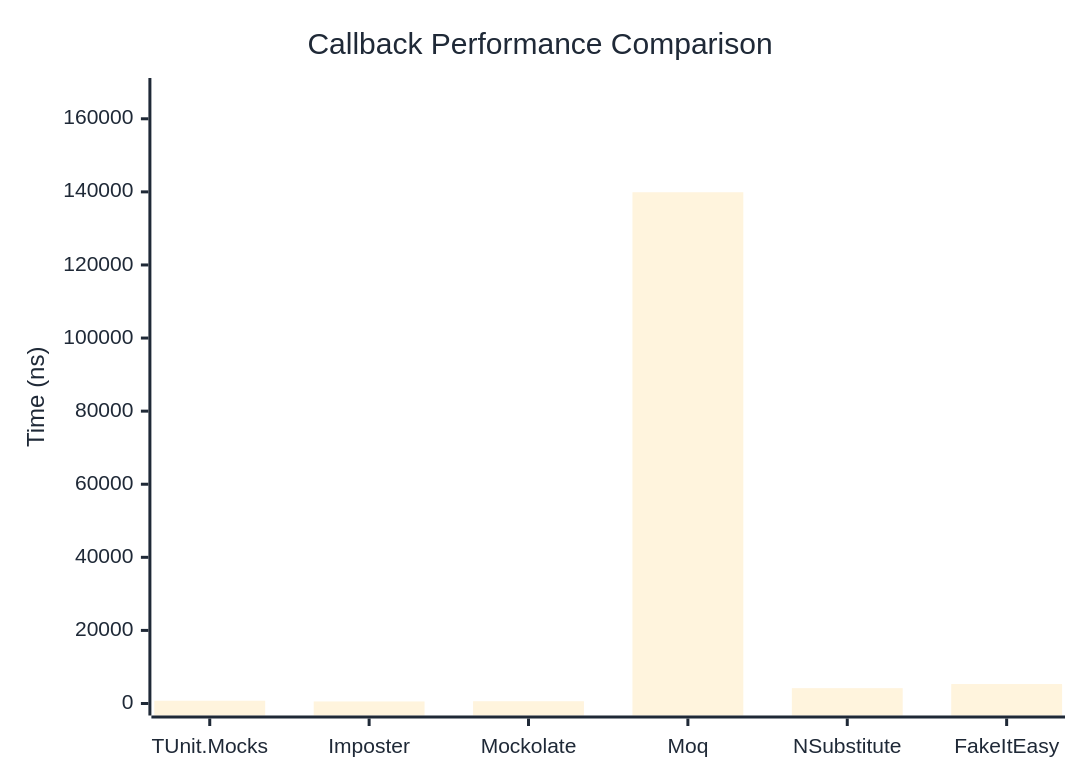
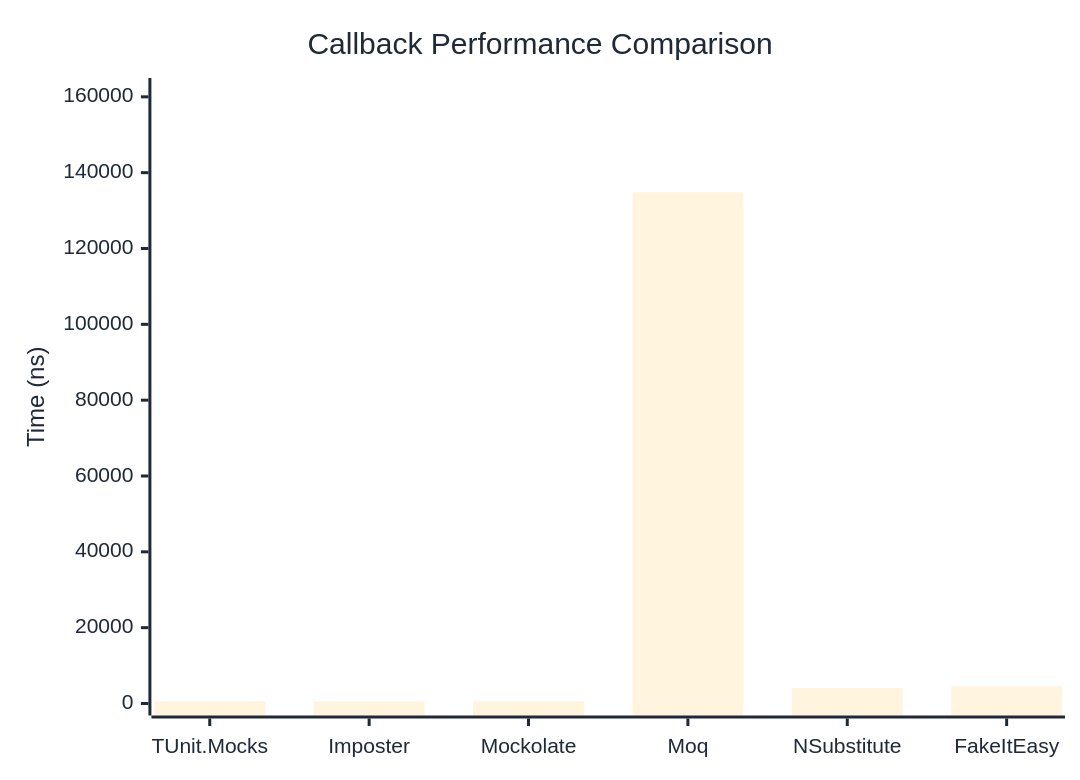
Before and after one commit to thomhurst/TUnit: the first of 2 diagrams in docs/docs/benchmarks/mocks/Callback.md, drawn with Mermaid. The commit also changed other lines of this file and 14 other files, not shown here.

````diff
--- a/docs/docs/benchmarks/mocks/Callback.md
+++ b/docs/docs/benchmarks/mocks/Callback.md
@@ -28,27 +28,27 @@
 ```mermaid
 %%{init: {
   'theme':'base',
   'themeVariables': {
     'primaryColor': '#2563eb',
     'primaryTextColor': '#1f2937',
     'primaryBorderColor': '#1e40af',
     'lineColor': '#6b7280',
     'secondaryColor': '#7c3aed',
     'tertiaryColor': '#dc2626',
     'background': '#ffffff',
     'pie1': '#2563eb',
     'pie2': '#7c3aed',
     'pie3': '#dc2626',
     'pie4': '#f59e0b',
     'pie5': '#10b981',
     'pie6': '#06b6d4',
     'pie7': '#ec4899',
     'pie8': '#6366f1'
   }
 }}%%
 xychart-beta
   title "Callback Performance Comparison"
   x-axis ["TUnit.Mocks", "Imposter", "Mockolate", "Moq", "NSubstitute", "FakeItEasy"]
-  y-axis "Time (ns)" 0 --> 167875
-  bar [755.9, 558.3, 626, 139895.6, 4200.5, 5319.7]
+  y-axis "Time (ns)" 0 --> 161804
+  bar [609.5, 491.2, 534.4, 134836.4, 4094.8, 4547.9]
 ```
````
